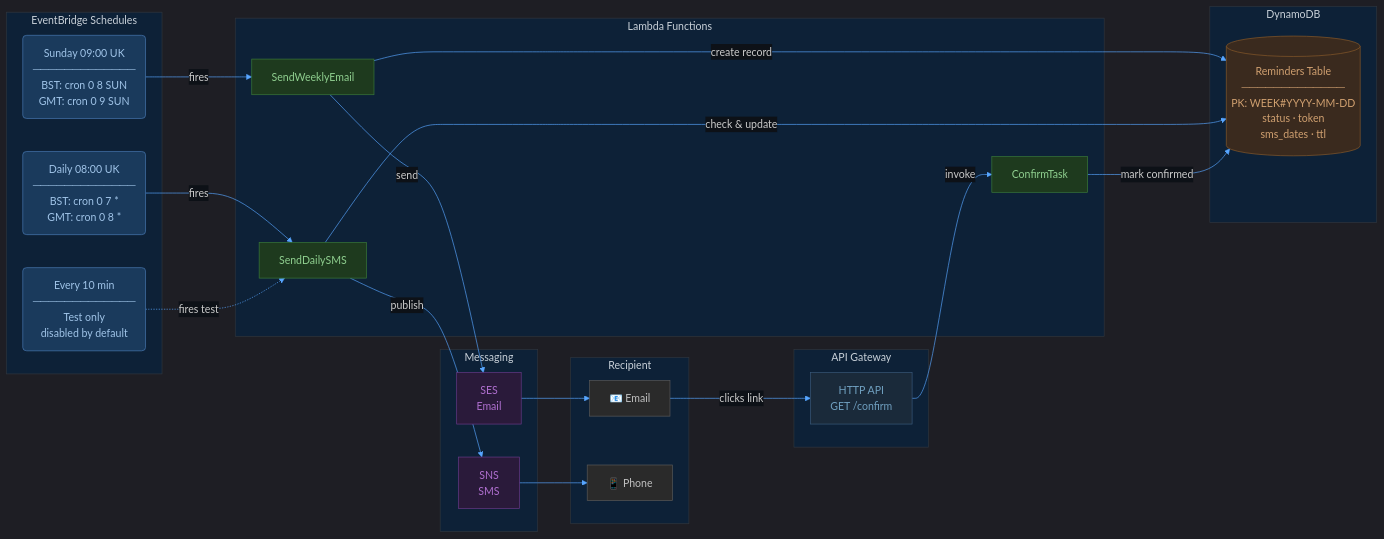
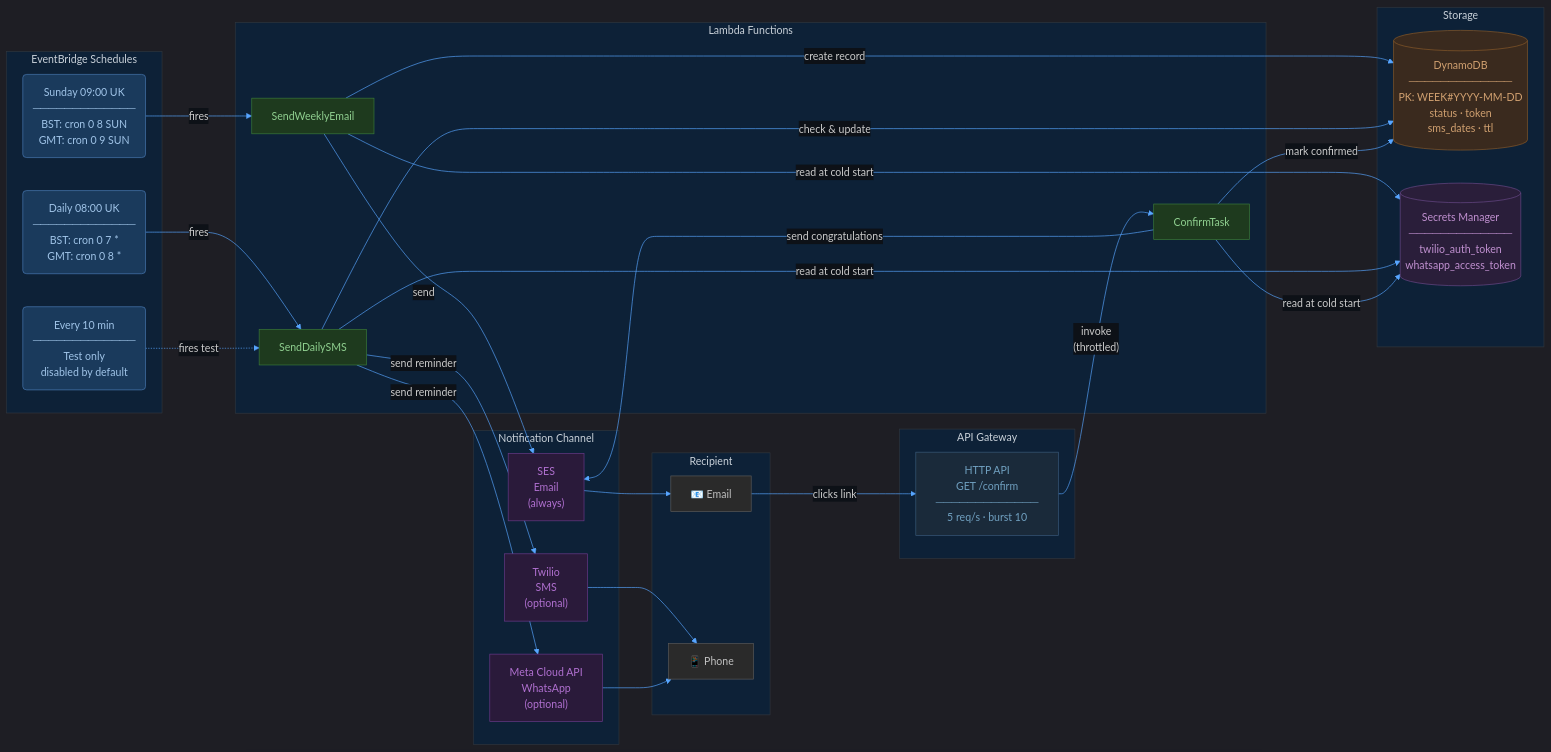
The first of 10 diagrams in docs/architecture.md (baldrickuk/washingmachine-notifications), drawn with Mermaid before and after one commit. The commit also changed other lines of this file and 1 other file, not shown here.

First line of the commit message:
Update architecture and threat model docs

````diff
--- a/docs/architecture.md
+++ b/docs/architecture.md
@@ -9,63 +9,71 @@
 ```mermaid
 %%{init: {'theme': 'dark', 'themeVariables': {'primaryColor': '#1e3a5f', 'primaryTextColor': '#c9d1d9', 'primaryBorderColor': '#4a7ab5', 'lineColor': '#58a6ff', 'secondaryColor': '#0d2137', 'tertiaryColor': '#162032', 'edgeLabelBackground': '#0d1117', 'clusterBkg': '#0d2137', 'clusterBorder': '#30363d', 'titleColor': '#c9d1d9', 'fontFamily': 'ui-monospace, monospace'}}}%%
 
 graph LR
     subgraph sched ["  EventBridge Schedules  "]
         EB1("Sunday 09:00 UK\n─────────────\nBST: cron 0 8 SUN\nGMT: cron 0 9 SUN")
         EB2("Daily 08:00 UK\n─────────────\nBST: cron 0 7 *\nGMT: cron 0 8 *")
         EB3("Every 10 min\n─────────────\nTest only\ndisabled by default")
     end
 
     subgraph lambda ["  Lambda Functions  "]
         L1["SendWeeklyEmail"]
         L2["SendDailySMS"]
         L3["ConfirmTask"]
     end
 
-    subgraph store ["  DynamoDB  "]
-        DB[("Reminders Table\n─────────────\nPK: WEEK#YYYY-MM-DD\nstatus · token\nsms_dates · ttl")]
-    end
-
-    subgraph msg ["  Messaging  "]
-        SES["SES\nEmail"]
-        SNS["SNS\nSMS"]
+    subgraph store ["  Storage  "]
+        DB[("DynamoDB\n─────────────\nPK: WEEK#YYYY-MM-DD\nstatus · token\nsms_dates · ttl")]
+        SM[("Secrets Manager\n─────────────\ntwilio_auth_token\nwhatsapp_access_token")]
     end
 
     subgraph api ["  API Gateway  "]
-        GW["HTTP API\nGET /confirm"]
+        GW["HTTP API\nGET /confirm\n─────────────\n5 req/s · burst 10"]
+    end
+
+    subgraph channel ["  Notification Channel  "]
+        SES["SES\nEmail\n(always)"]
+        TW["Twilio\nSMS\n(optional)"]
+        WA["Meta Cloud API\nWhatsApp\n(optional)"]
     end
 
     subgraph human ["  Recipient  "]
         EM["📧 Email"]
         PH["📱 Phone"]
     end
 
     EB1 -->|fires| L1
     EB2 -->|fires| L2
     EB3 -.->|fires test| L2
 
+    L1 & L2 & L3 -->|read at cold start| SM
     L1 -->|create record| DB
     L1 -->|send| SES
     L2 -->|check & update| DB
-    L2 -->|publish| SNS
+    L2 -->|send reminder| TW
+    L2 -->|send reminder| WA
     L3 -->|mark confirmed| DB
+    L3 -->|send congratulations| SES
 
     SES --> EM
-    SNS --> PH
+    TW --> PH
+    WA --> PH
     EM -->|"clicks link"| GW
-    GW -->|invoke| L3
+    GW -->|"invoke\n(throttled)"| L3
 
     classDef schedule fill:#1a3a5c,stroke:#4a7ab5,color:#a0c4e8,rx:6
     classDef fn fill:#1e3a1e,stroke:#3a7a3a,color:#90d090
     classDef storage fill:#3a2a1e,stroke:#8a5a2a,color:#d0a070
+    classDef secret fill:#2a1e3a,stroke:#6a4a8a,color:#c090d0
     classDef messaging fill:#2a1a3a,stroke:#6a3a8a,color:#b070d0
     classDef gateway fill:#1a2a3a,stroke:#3a5a7a,color:#70a0c0
     classDef person fill:#2a2a2a,stroke:#5a5a5a,color:#c0c0c0
 
     class EB1,EB2,EB3 schedule
     class L1,L2,L3 fn
     class DB storage
-    class SES,SNS messaging
+    class SM secret
+    class SES,TW,WA messaging
     class GW gateway
     class EM,PH person
 ```
````
